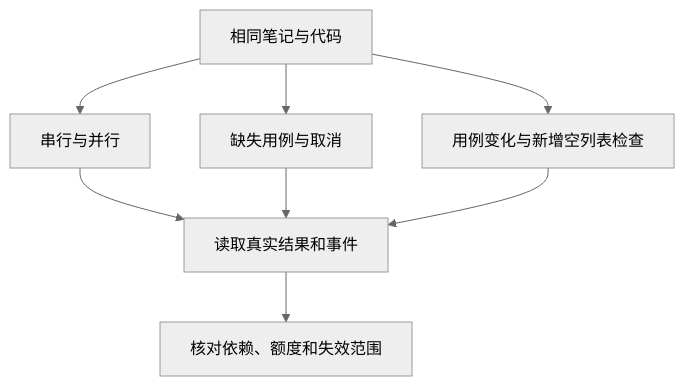
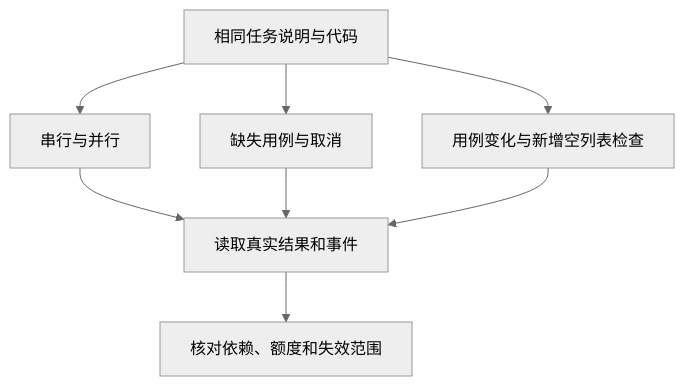
One commit to HarryYangthu/TheBestAIGuide changed the diagram in 10-Knowledge/02 Agent Harness/04-orchestration-and-scheduling/04-experiments-and-source.md. Above: the diagram before and after it, drawn with Mermaid (neutral theme). The commit also changed other lines of this file and 341 other files, not shown here.

````diff
--- a/10-Knowledge/02 Agent Harness/04-orchestration-and-scheduling/04-experiments-and-source.md
+++ b/10-Knowledge/02 Agent Harness/04-orchestration-and-scheduling/04-experiments-and-source.md
@@ -7,10 +7,10 @@
 ```mermaid
 flowchart TD
-    A["相同笔记与代码"] --> B["串行与并行"]
+    A["相同任务说明与代码"] --> B["串行与并行"]
     A --> C["缺失用例与取消"]
     A --> D["用例变化与新增空列表检查"]
     B --> E["读取真实结果和事件"]
     C --> E
     D --> E
     E --> F["核对依赖、额度和失效范围"]
 ```
````
